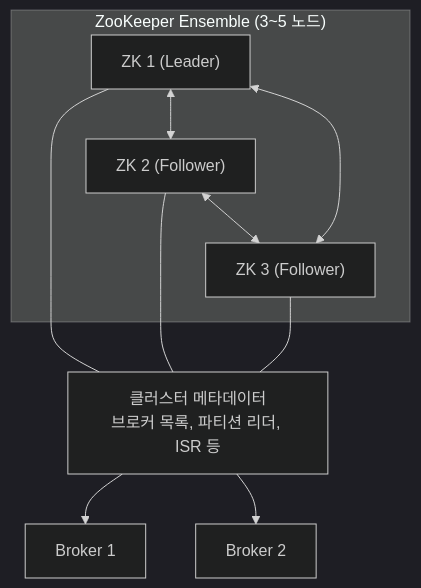
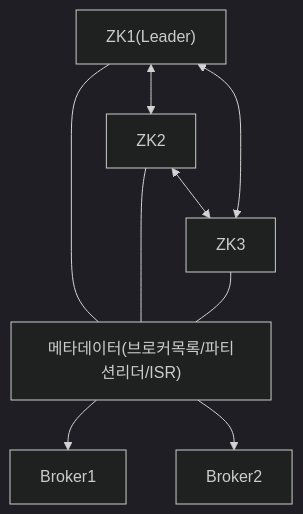
Before and after one commit to yjkim2015/yjkim2015.github.io: the eighth of 17 diagrams in _posts/kafka/2026-05-01-kafka-fundamentals.md, drawn with Mermaid (dark theme). The commit also changed other lines of this file and 215 other files, not shown here.

First line of the commit message:
신규 포스트 10개 추가 + Mermaid 전면 축소 + SystemDesign 시리즈 보강

````diff
--- a/_posts/kafka/2026-05-01-kafka-fundamentals.md
+++ b/_posts/kafka/2026-05-01-kafka-fundamentals.md
@@ -326,17 +295,9 @@
 ```mermaid
 graph TD
-    subgraph zk["ZooKeeper Ensemble (3~5 노드)"]
-        ZK1["ZK 1 (Leader)"]
-        ZK2["ZK 2 (Follower)"]
-        ZK3["ZK 3 (Follower)"]
-        ZK1 <--> ZK2
-        ZK2 <--> ZK3
-        ZK1 <--> ZK3
-    end
-    META["클러스터 메타데이터\n브로커 목록, 파티션 리더, ISR 등"]
-    ZK1 --- META
-    ZK2 --- META
-    ZK3 --- META
-    META --> B1[Broker 1]
-    META --> B2[Broker 2]
+    ZK1["ZK1(Leader)"] <--> ZK2["ZK2"]
+    ZK2 <--> ZK3["ZK3"]
+    ZK1 <--> ZK3
+    META["메타데이터(브로커목록/파티션리더/ISR)"]
+    ZK1 & ZK2 & ZK3 --- META
+    META --> B1["Broker1"] & B2["Broker2"]
 ```
````
